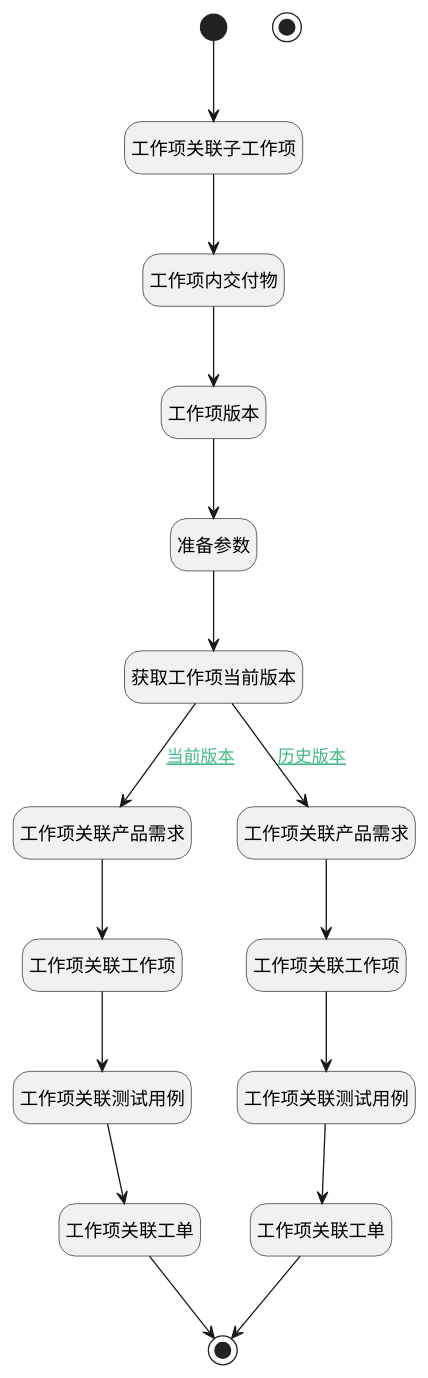
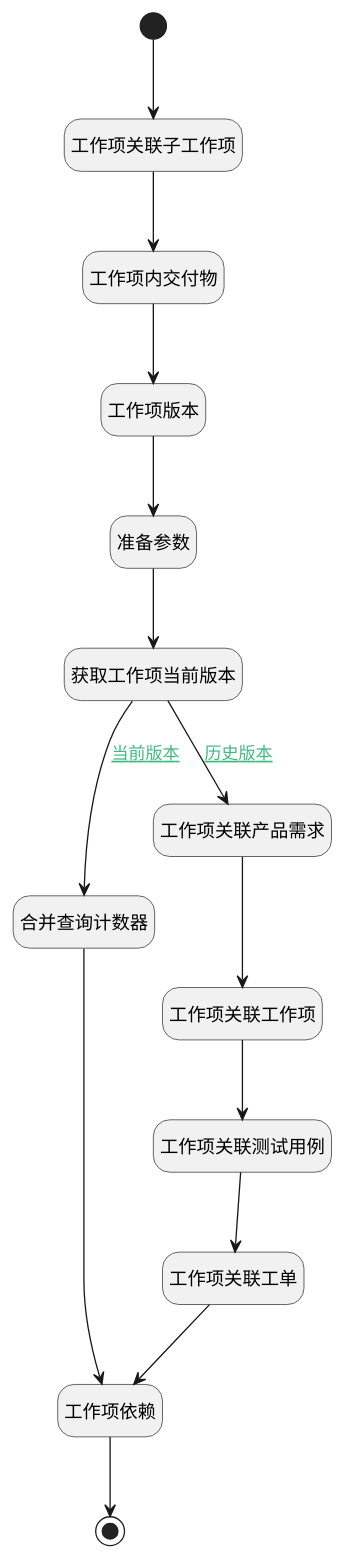
Before and after one commit to iBizLab/plm: the diagram in doc/docsify/module/ProjMgmt/work_item/logic/work_item_re_counters.md, drawn with PlantUML. The commit also changed other lines of this file and 2688 other files, not shown here.

````diff
--- a/doc/docsify/module/ProjMgmt/work_item/logic/work_item_re_counters.md
+++ b/doc/docsify/module/ProjMgmt/work_item/logic/work_item_re_counters.md
@@ -7,47 +7,42 @@
 ```plantuml
 @startuml
 hide empty description
 <style>
 root {
   HyperlinkColor #42b983
 }
 </style>
 
 hide empty description
 state "开始" as Begin <<start>> [[$./work_item_re_counters#begin {"开始"}]]
-state "结束" as END1 <<end>> [[$./work_item_re_counters#end1 {"结束"}]]
-state "工作项关联产品需求" as RAWSQLCALL1  [[$./work_item_re_counters#rawsqlcall1 {"工作项关联产品需求"}]]
-state "工作项关联工作项" as RAWSQLCALL3  [[$./work_item_re_counters#rawsqlcall3 {"工作项关联工作项"}]]
-state "工作项关联测试用例" as RAWSQLCALL4  [[$./work_item_re_counters#rawsqlcall4 {"工作项关联测试用例"}]]
-state "工作项关联工单" as RAWSQLCALL5  [[$./work_item_re_counters#rawsqlcall5 {"工作项关联工单"}]]
+state "合并查询计数器" as RAWSQLCALL12  [[$./work_item_re_counters#rawsqlcall12 {"合并查询计数器"}]]
 state "结束" as END2 <<end>> [[$./work_item_re_counters#end2 {"结束"}]]
+state "工作项依赖" as RAWSQLCALL13  [[$./work_item_re_counters#rawsqlcall13 {"工作项依赖"}]]
 state "获取工作项当前版本" as DEACTION1  [[$./work_item_re_counters#deaction1 {"获取工作项当前版本"}]]
 state "准备参数" as PREPAREPARAM1  [[$./work_item_re_counters#prepareparam1 {"准备参数"}]]
 state "工作项关联子工作项" as RAWSQLCALL2  [[$./work_item_re_counters#rawsqlcall2 {"工作项关联子工作项"}]]
 state "工作项内交付物" as RAWSQLCALL6  [[$./work_item_re_counters#rawsqlcall6 {"工作项内交付物"}]]
 state "工作项版本" as RAWSQLCALL7  [[$./work_item_re_counters#rawsqlcall7 {"工作项版本"}]]
 state "工作项关联产品需求" as RAWSQLCALL8  [[$./work_item_re_counters#rawsqlcall8 {"工作项关联产品需求"}]]
 state "工作项关联工作项" as RAWSQLCALL9  [[$./work_item_re_counters#rawsqlcall9 {"工作项关联工作项"}]]
 state "工作项关联测试用例" as RAWSQLCALL10  [[$./work_item_re_counters#rawsqlcall10 {"工作项关联测试用例"}]]
 state "工作项关联工单" as RAWSQLCALL11  [[$./work_item_re_counters#rawsqlcall11 {"工作项关联工单"}]]
 
 
 Begin --> RAWSQLCALL2
 RAWSQLCALL2 --> RAWSQLCALL6
 RAWSQLCALL6 --> RAWSQLCALL7
 RAWSQLCALL7 --> PREPAREPARAM1
 PREPAREPARAM1 --> DEACTION1
-DEACTION1 --> RAWSQLCALL1 : [[$./work_item_re_counters#deaction1-rawsqlcall1{当前版本} 当前版本]]
-RAWSQLCALL1 --> RAWSQLCALL3
-RAWSQLCALL3 --> RAWSQLCALL4
-RAWSQLCALL4 --> RAWSQLCALL5
-RAWSQLCALL5 --> END2
+DEACTION1 --> RAWSQLCALL12 : [[$./work_item_re_counters#deaction1-rawsqlcall12{当前版本} 当前版本]]
+RAWSQLCALL12 --> RAWSQLCALL13
+RAWSQLCALL13 --> END2
 DEACTION1 --> RAWSQLCALL8 : [[$./work_item_re_counters#deaction1-rawsqlcall8{历史版本} 历史版本]]
 RAWSQLCALL8 --> RAWSQLCALL9
 RAWSQLCALL9 --> RAWSQLCALL10
 RAWSQLCALL10 --> RAWSQLCALL11
-RAWSQLCALL11 --> END2
+RAWSQLCALL11 --> RAWSQLCALL13
 
 
 @enduml
 ```
````
